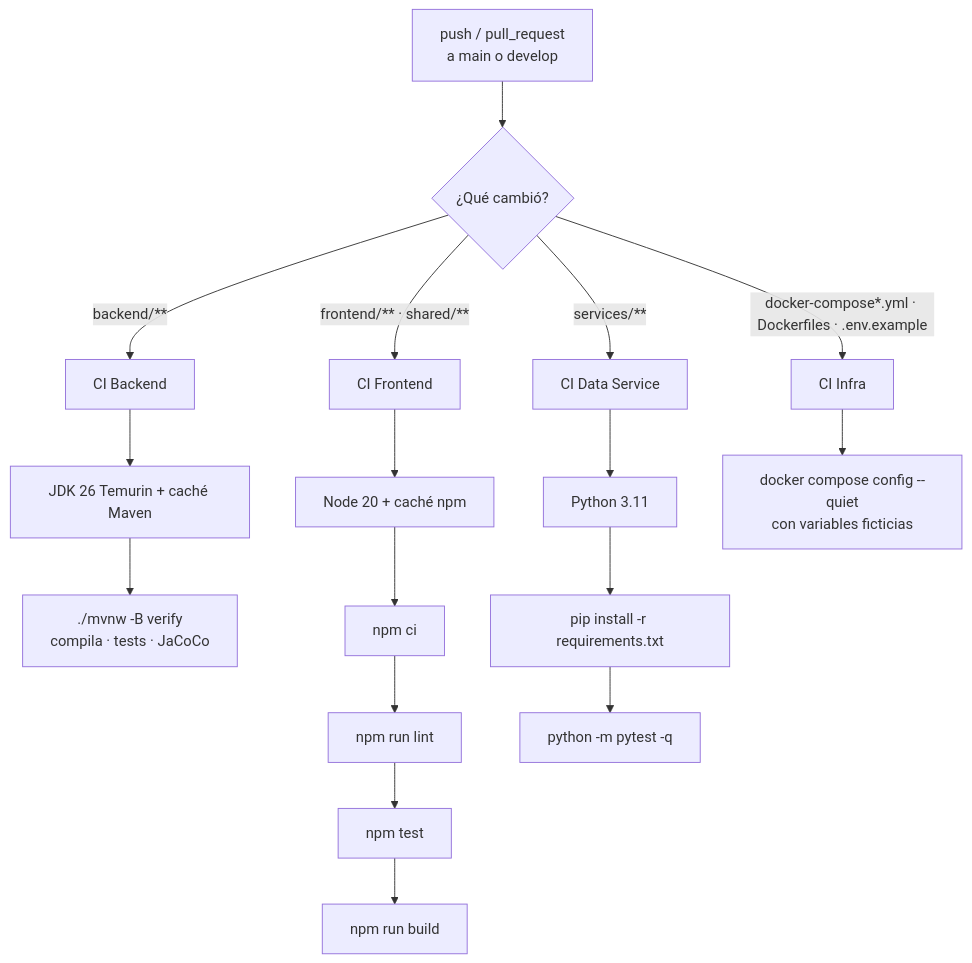
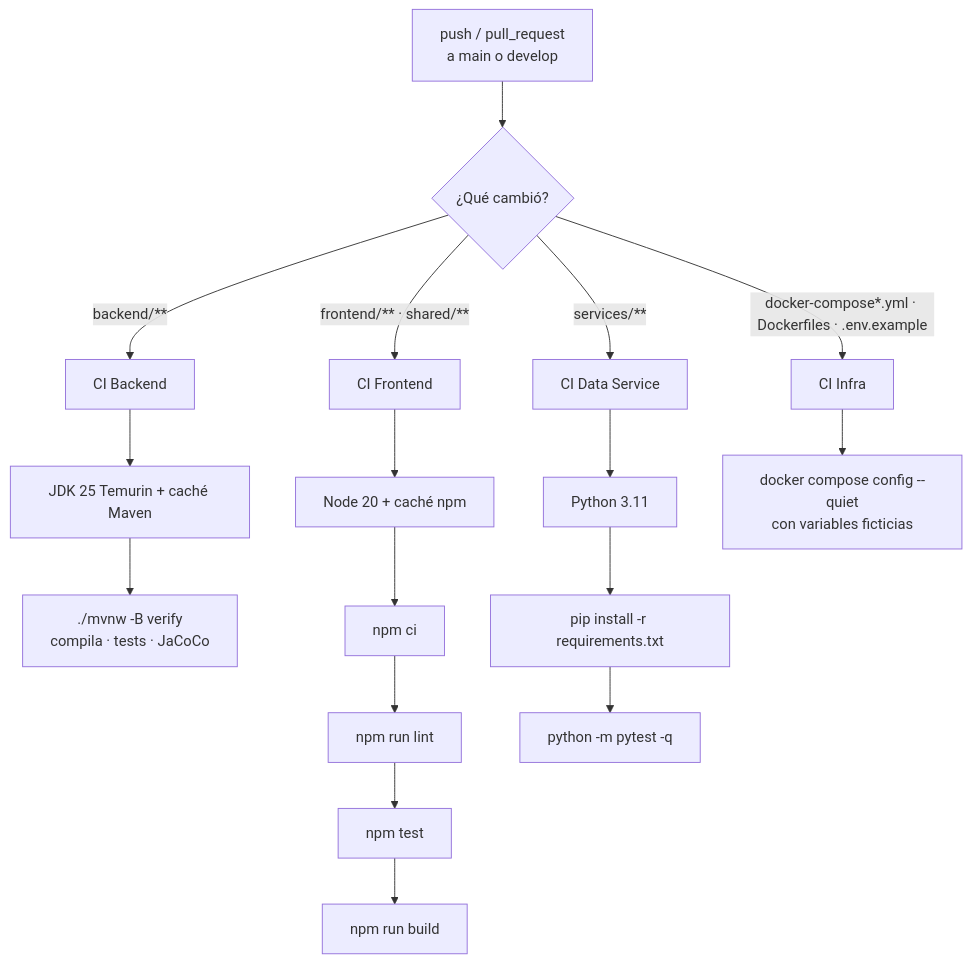
The second of 3 diagrams in docs/arquitectura/estandares-y-ci-cd/estandar_cicd.md (BotaniPUCP/Hesperides), drawn with Mermaid before and after one commit. The commit also changed other lines of this file and 63 other files, not shown here.

````diff
--- a/docs/arquitectura/estandares-y-ci-cd/estandar_cicd.md
+++ b/docs/arquitectura/estandares-y-ci-cd/estandar_cicd.md
@@ -189,13 +189,13 @@
 ```mermaid
 flowchart TB
     PR[push / pull_request<br/>a main o develop] --> F{¿Qué cambió?}
     F -- "backend/**" --> B[CI Backend]
     F -- "frontend/** · shared/**" --> W[CI Frontend]
     F -- "services/**" --> P[CI Data Service]
     F -- "docker-compose*.yml · Dockerfiles · .env.example" --> I[CI Infra]
 
-    B --> B1[JDK 26 Temurin + caché Maven] --> B2["./mvnw -B verify<br/>compila · tests · JaCoCo"]
+    B --> B1[JDK 25 Temurin + caché Maven] --> B2["./mvnw -B verify<br/>compila · tests · JaCoCo"]
     W --> W1[Node 20 + caché npm] --> W2[npm ci] --> W3[npm run lint] --> W4[npm test] --> W5[npm run build]
     P --> P1[Python 3.11] --> P2[pip install -r requirements.txt] --> P3[python -m pytest -q]
     I --> I1["docker compose config --quiet<br/>con variables ficticias"]
 ```
````
